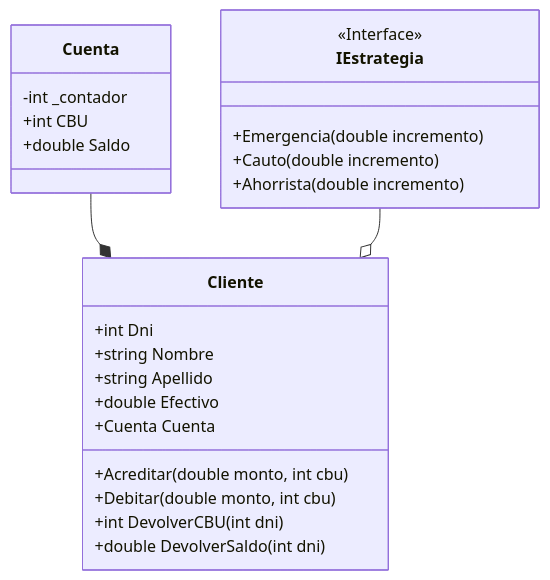
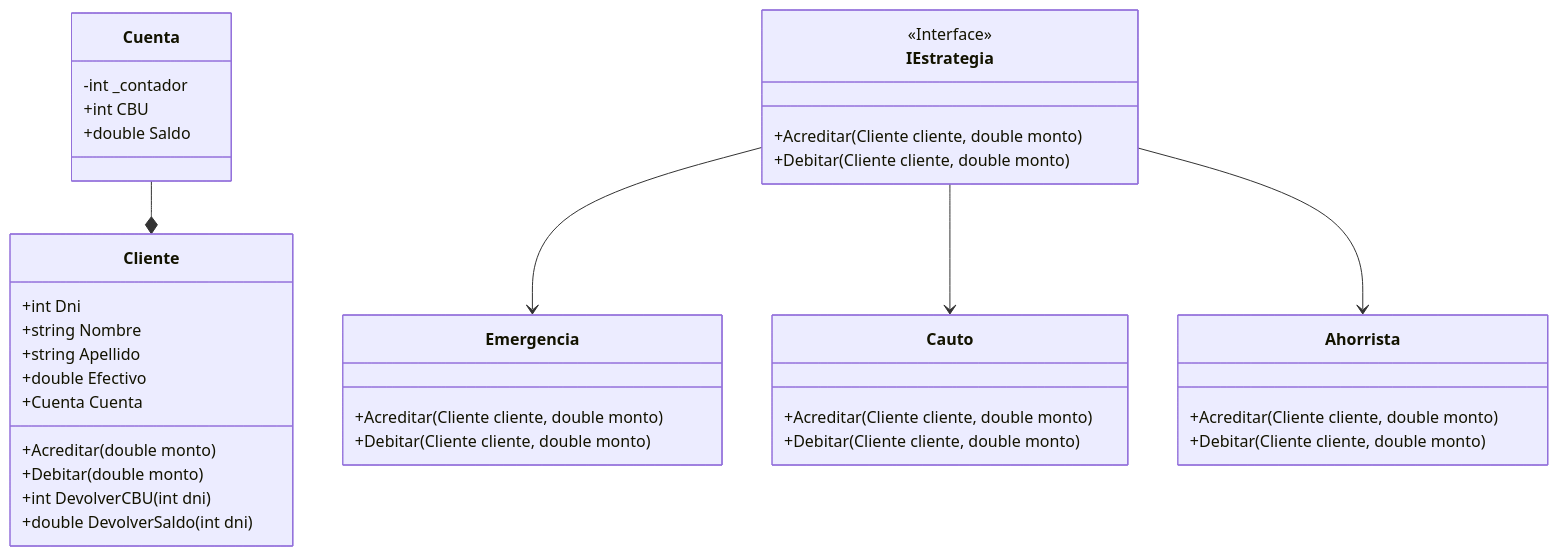
One commit to Ramon-Ariel-ET12/Banco changed the diagram in README.md. Above: the diagram before and after it, drawn with Mermaid.

````diff
--- a/README.md
+++ b/README.md
@@ -3,35 +3,51 @@
 ```mermaid
 
 classDiagram
 direction lr
 
 class Cliente{
     +int Dni
     +string Nombre
     +string Apellido
     +double Efectivo
     +Cuenta Cuenta
 
-    +Acreditar(double monto, int cbu)
-    +Debitar(double monto, int cbu)
+    +Acreditar(double monto)
+    +Debitar(double monto)
     +int DevolverCBU(int dni)
     +double DevolverSaldo(int dni)
 }
 
 class Cuenta{
     -int _contador
     +int CBU
     +double Saldo
 }
 
+class Emergencia{
+    +Acreditar(Cliente cliente, double monto)
+    +Debitar(Cliente cliente, double monto)
+}
+
+class Cauto{
+    +Acreditar(Cliente cliente, double monto)
+    +Debitar(Cliente cliente, double monto)
+}
+
+class Ahorrista{
+    +Acreditar(Cliente cliente, double monto)
+    +Debitar(Cliente cliente, double monto)
+}
+
 class IEstrategia{
     <<Interface>>
-    +Emergencia(double incremento)
-    +Cauto(double incremento)
-    +Ahorrista(double incremento)
+    +Acreditar(Cliente cliente, double monto)
+    +Debitar(Cliente cliente, double monto)
 }
 
 Cuenta --* Cliente
-IEstrategia --o Cliente
+IEstrategia --> Emergencia
+IEstrategia --> Cauto
+IEstrategia --> Ahorrista
 
 ```
````
